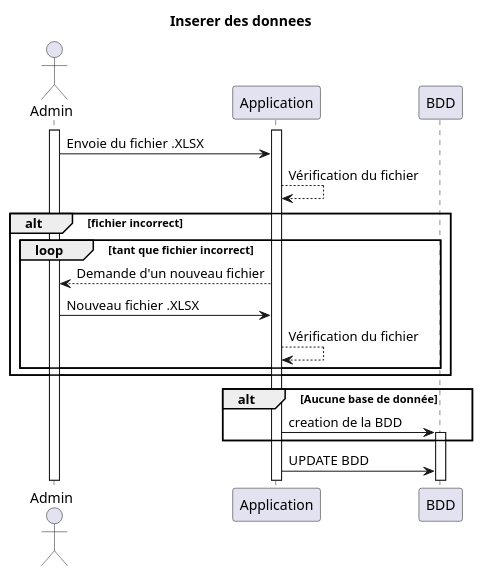
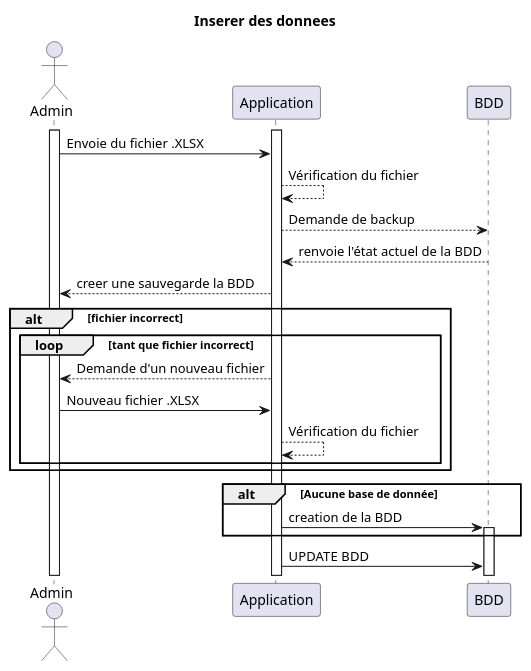
The diagram in Diagrammes/use_cases/use_case_inserer_donnes.wsd (pandadorable/Trombinoscope), drawn with PlantUML before and after one commit. The commit also changed 3 other files, not shown here.

Commit message:
MODIF DIAGRAM

```diff
--- a/Diagrammes/use_cases/use_case_inserer_donnes.wsd
+++ b/Diagrammes/use_cases/use_case_inserer_donnes.wsd
@@ -1,29 +1,32 @@
 @startuml Inserer_donnees
 
 title Inserer des donnees
 actor "Admin" as Ad
 participant Application
 participant BDD
 
 activate Ad
 activate Application
 
 Ad -> Application : Envoie du fichier .XLSX
 Application --> Application : Vérification du fichier
+Application --> BDD : Demande de backup
+Application <-- BDD : renvoie l'état actuel de la BDD
+Ad <-- Application : creer une sauvegarde la BDD
 alt fichier incorrect
 loop tant que fichier incorrect
 Ad <-- Application : Demande d'un nouveau fichier
 Ad -> Application : Nouveau fichier .XLSX
 Application --> Application : Vérification du fichier
 end
 
 end
 
 
 alt Aucune base de donnée
 Application -> BDD : creation de la BDD
 activate BDD
 end
 
 Application -> BDD : UPDATE BDD
 @enduml
```
